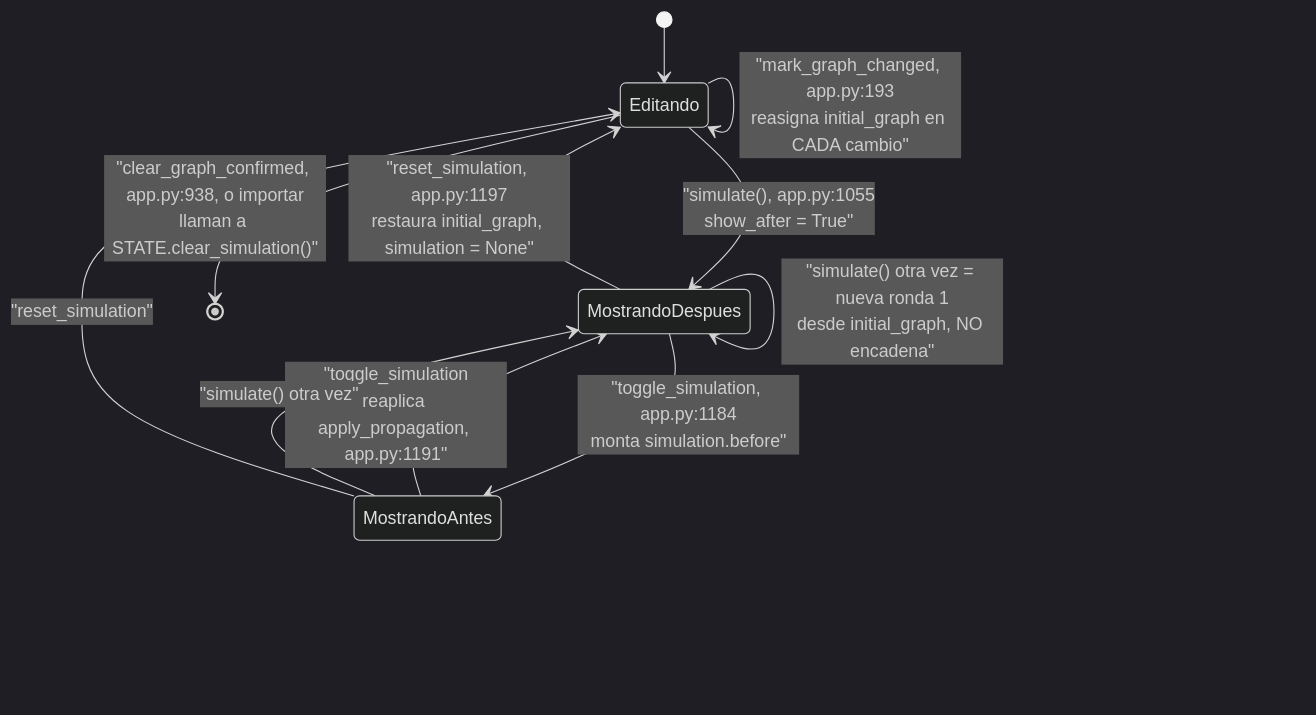
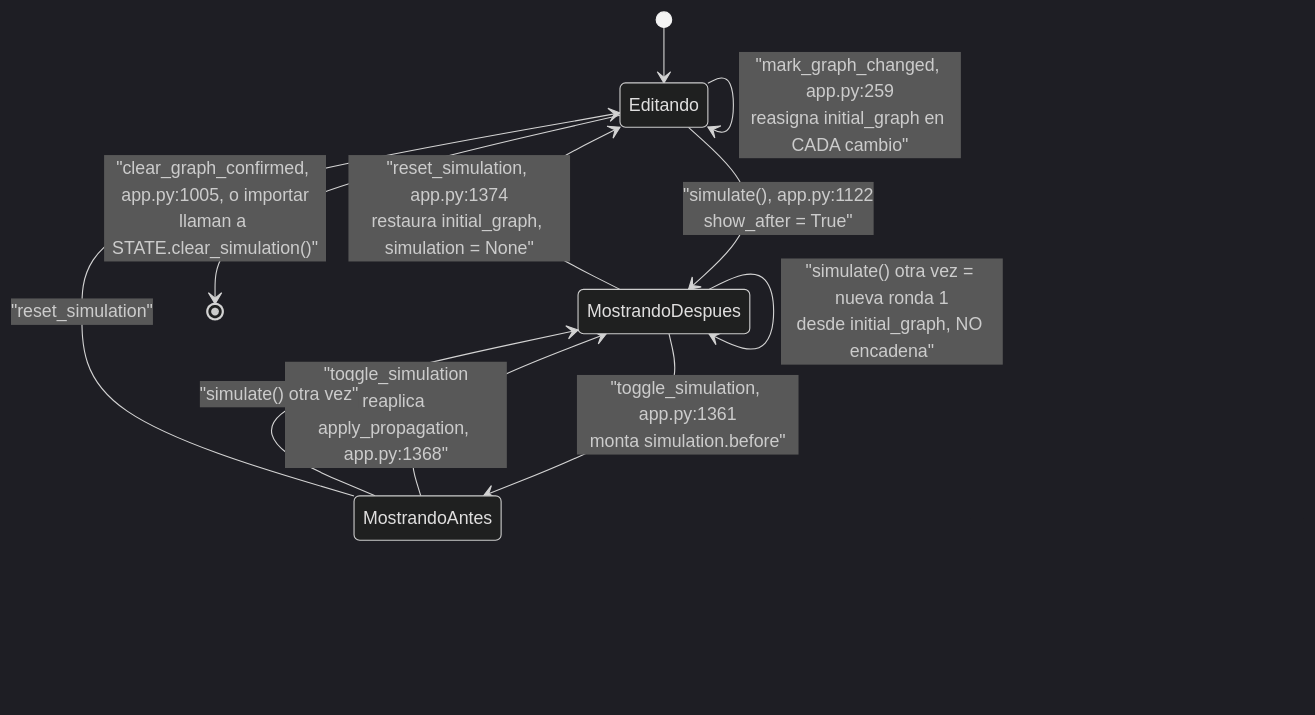
Before and after one commit to Rou-uu/consenso-simulador: the fourth of 4 diagrams in docs/04-simulacion-individual.md, drawn with Mermaid (dark theme). The commit also changed other lines of this file and 19 other files, not shown here.

````diff
--- a/docs/04-simulacion-individual.md
+++ b/docs/04-simulacion-individual.md
@@ -604,13 +604,13 @@
 ```mermaid
 stateDiagram-v2
     [*] --> Editando
-    Editando --> Editando : "mark_graph_changed, app.py:193<br/>reasigna initial_graph en CADA cambio"
-    Editando --> MostrandoDespues : "simulate(), app.py:1055<br/>show_after = True"
-    MostrandoDespues --> MostrandoAntes : "toggle_simulation, app.py:1184<br/>monta simulation.before"
-    MostrandoAntes --> MostrandoDespues : "toggle_simulation<br/>reaplica apply_propagation, app.py:1191"
+    Editando --> Editando : "mark_graph_changed, app.py:259<br/>reasigna initial_graph en CADA cambio"
+    Editando --> MostrandoDespues : "simulate(), app.py:1122<br/>show_after = True"
+    MostrandoDespues --> MostrandoAntes : "toggle_simulation, app.py:1361<br/>monta simulation.before"
+    MostrandoAntes --> MostrandoDespues : "toggle_simulation<br/>reaplica apply_propagation, app.py:1368"
     MostrandoDespues --> MostrandoDespues : "simulate() otra vez = nueva ronda 1<br/>desde initial_graph, NO encadena"
     MostrandoAntes --> MostrandoDespues : "simulate() otra vez"
-    MostrandoDespues --> Editando : "reset_simulation, app.py:1197<br/>restaura initial_graph, simulation = None"
+    MostrandoDespues --> Editando : "reset_simulation, app.py:1374<br/>restaura initial_graph, simulation = None"
     MostrandoAntes --> Editando : "reset_simulation"
-    Editando --> [*] : "clear_graph_confirmed, app.py:938, o importar<br/>llaman a STATE.clear_simulation()"
+    Editando --> [*] : "clear_graph_confirmed, app.py:1005, o importar<br/>llaman a STATE.clear_simulation()"
 ```
````
